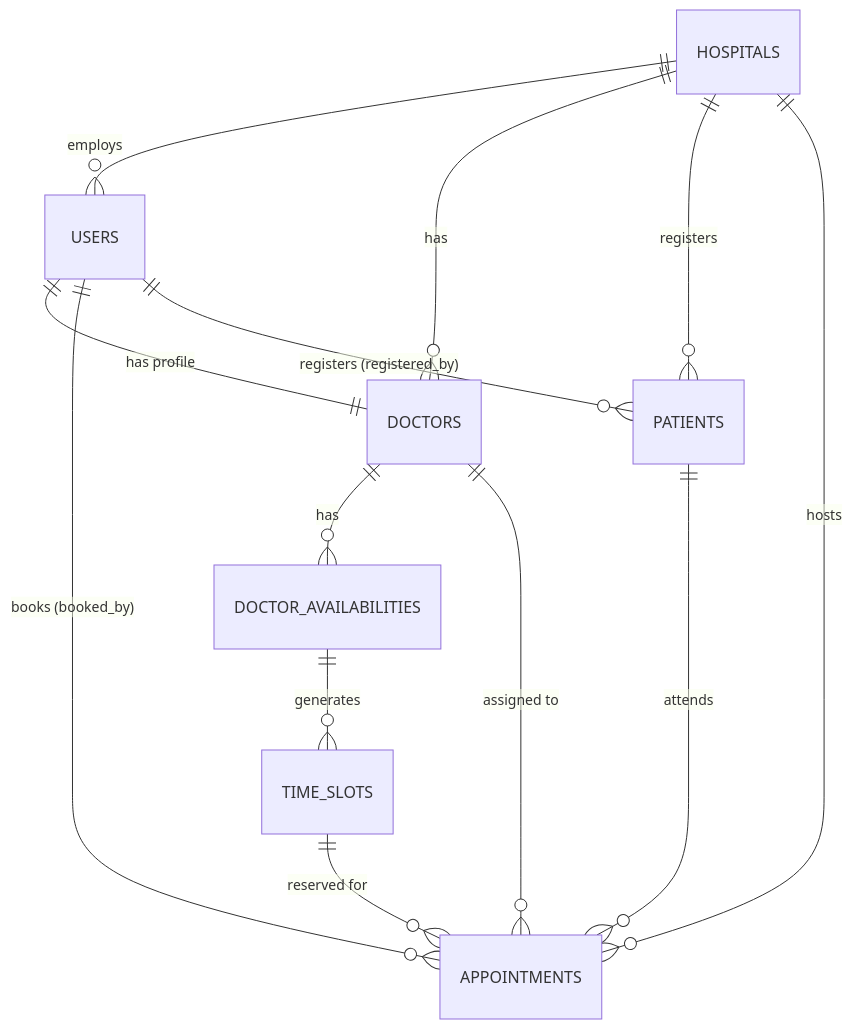
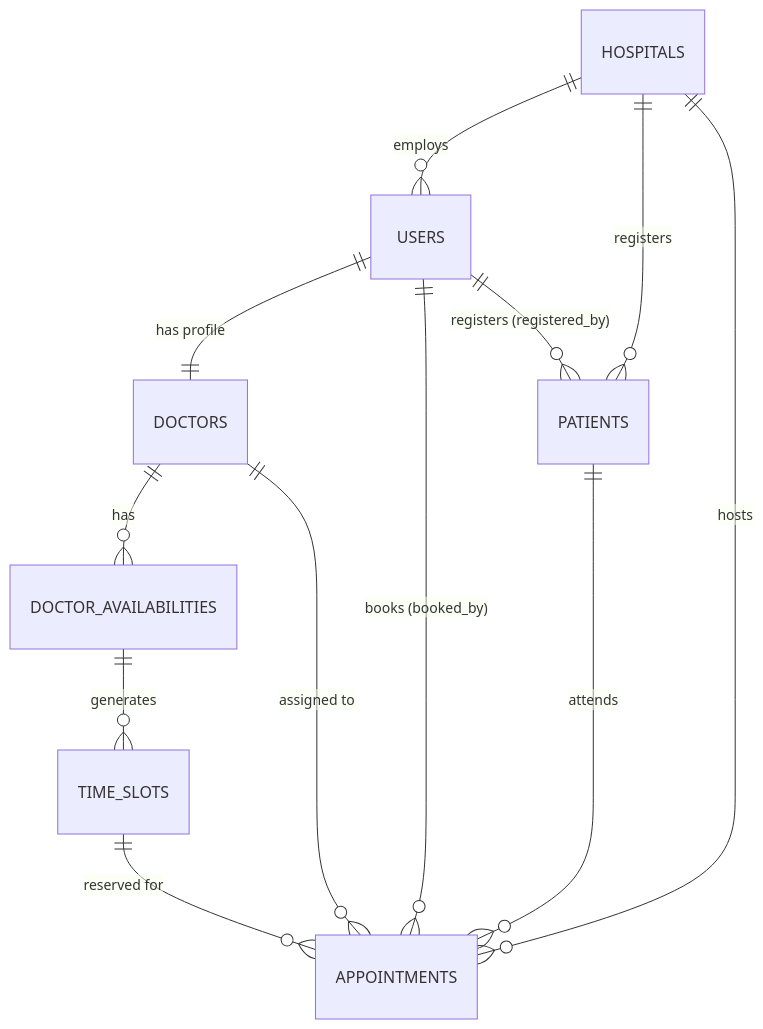
The first of 4 diagrams in docs/02-Database-Design.md (AmbyHasan/HMS), drawn with Mermaid before and after one commit. The commit also changed other lines of this file, not shown here.

````diff
--- a/docs/02-Database-Design.md
+++ b/docs/02-Database-Design.md
@@ -306,20 +306,19 @@
 ```mermaid
 erDiagram
     HOSPITALS ||--o{ USERS : "employs"
-    HOSPITALS ||--o{ DOCTORS : "has"
     HOSPITALS ||--o{ PATIENTS : "registers"
     HOSPITALS ||--o{ APPOINTMENTS : "hosts"
 
     USERS ||--|| DOCTORS : "has profile"
     USERS ||--o{ APPOINTMENTS : "books (booked_by)"
     USERS ||--o{ PATIENTS : "registers (registered_by)"
 
     DOCTORS ||--o{ DOCTOR_AVAILABILITIES : "has"
     DOCTORS ||--o{ APPOINTMENTS : "assigned to"
 
     DOCTOR_AVAILABILITIES ||--o{ TIME_SLOTS : "generates"
 
     PATIENTS ||--o{ APPOINTMENTS : "attends"
 
     TIME_SLOTS ||--o{ APPOINTMENTS : "reserved for"
 ```
````
